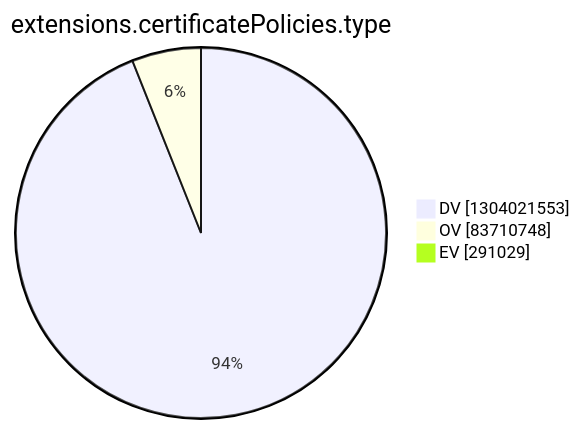
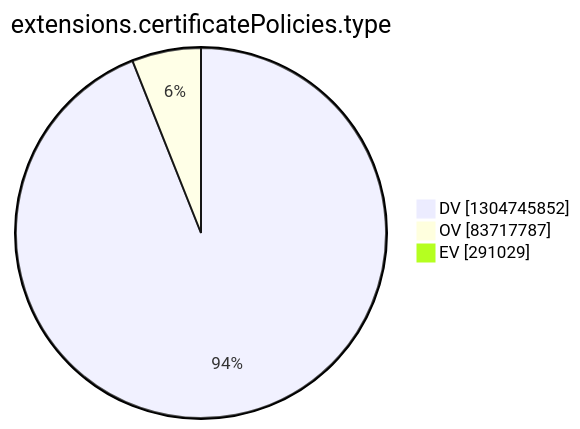
One commit to christiankrug/ctmonitor_visualization changed the tenth of 15 diagrams in argon2022/README.md. Above: the diagram before and after it, drawn with Mermaid. The commit also changed other lines of this file, not shown here.

````diff
--- a/argon2022/README.md
+++ b/argon2022/README.md
@@ -2772,7 +2772,7 @@
 ```mermaid
 pie showData
 title extensions.certificatePolicies.type
-"DV" :1304021553
-"OV" :83710748
+"DV" :1304745852
+"OV" :83717787
 "EV" :291029
 ```
````
